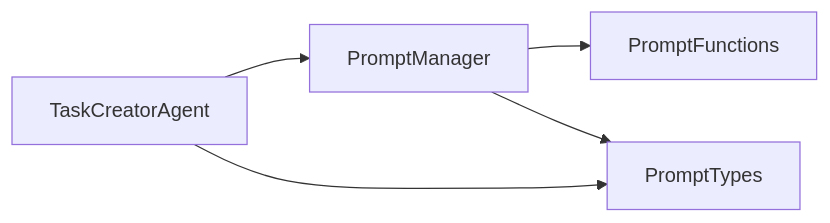
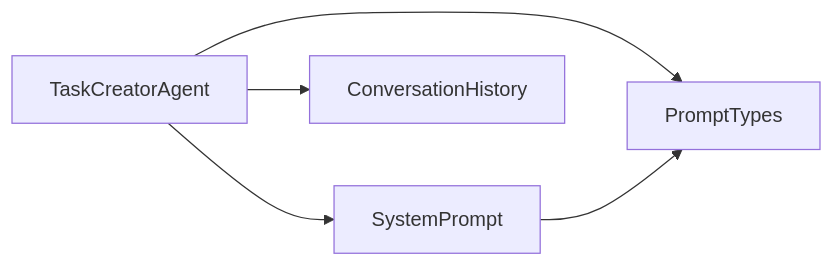
The third of 6 diagrams in docs/ARCHITECTURE.md (shomrkm/shochan_ai), drawn with Mermaid before and after one commit. The commit also changed other lines of this file and 2 other files, not shown here.

Commit message:
doc: Simplify architecture by unifying prompt management and conversation history handling in TaskCreatorAgent, enhancing clarity and maintainability while implementing 12-factor principles

````diff
--- a/docs/ARCHITECTURE.md
+++ b/docs/ARCHITECTURE.md
@@ -132,7 +106,7 @@
 ```mermaid
 graph LR
-    A[TaskCreatorAgent] --> B[PromptManager]
-    B --> C[PromptFunctions]
-    B --> D[PromptTypes]
-    A --> D
+    A[TaskCreatorAgent] --> B[SystemPrompt]
+    A --> C[PromptTypes]
+    A --> D[ConversationHistory]
+    B --> C
 ```
````
